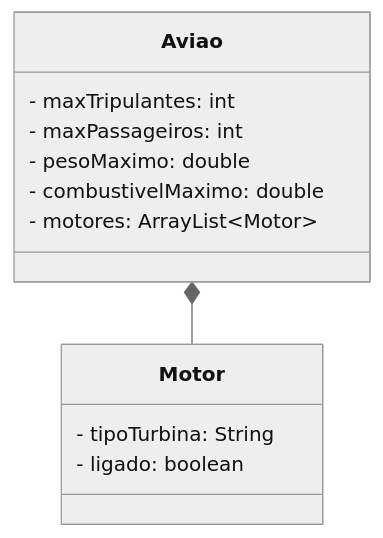
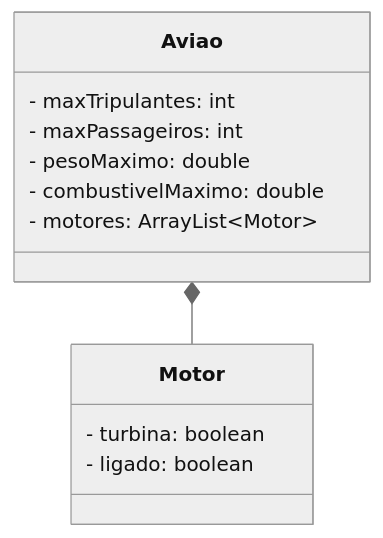
One commit to giuliano-marcus-bianco/poo changed the diagram in aula19--uml/README.md. Above: the diagram before and after it, drawn with Mermaid (neutral theme). The commit also changed 4 other files, not shown here.

Commit message:
Aula 19 - modelando classe UML e programando associação de classes

````diff
--- a/aula19--uml/README.md
+++ b/aula19--uml/README.md
@@ -1,15 +1,15 @@
 ```mermaid
 classDiagram
     class Aviao {
     - maxTripulantes: int
     - maxPassageiros: int
     - pesoMaximo: double
     - combustivelMaximo: double
     - motores: ArrayList~Motor~
     }
     class Motor {
-    - tipoTurbina: String
+    - turbina: boolean
     - ligado: boolean
     }
     Aviao *-- Motor
 ```
````
